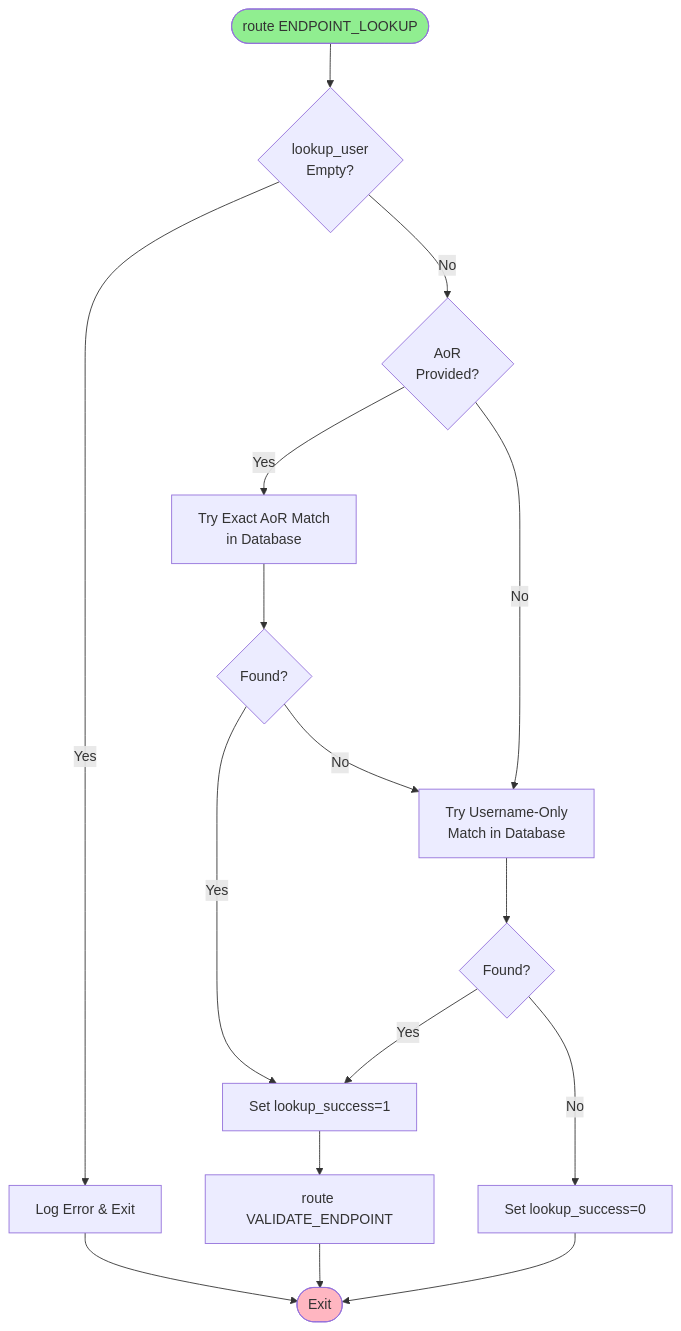
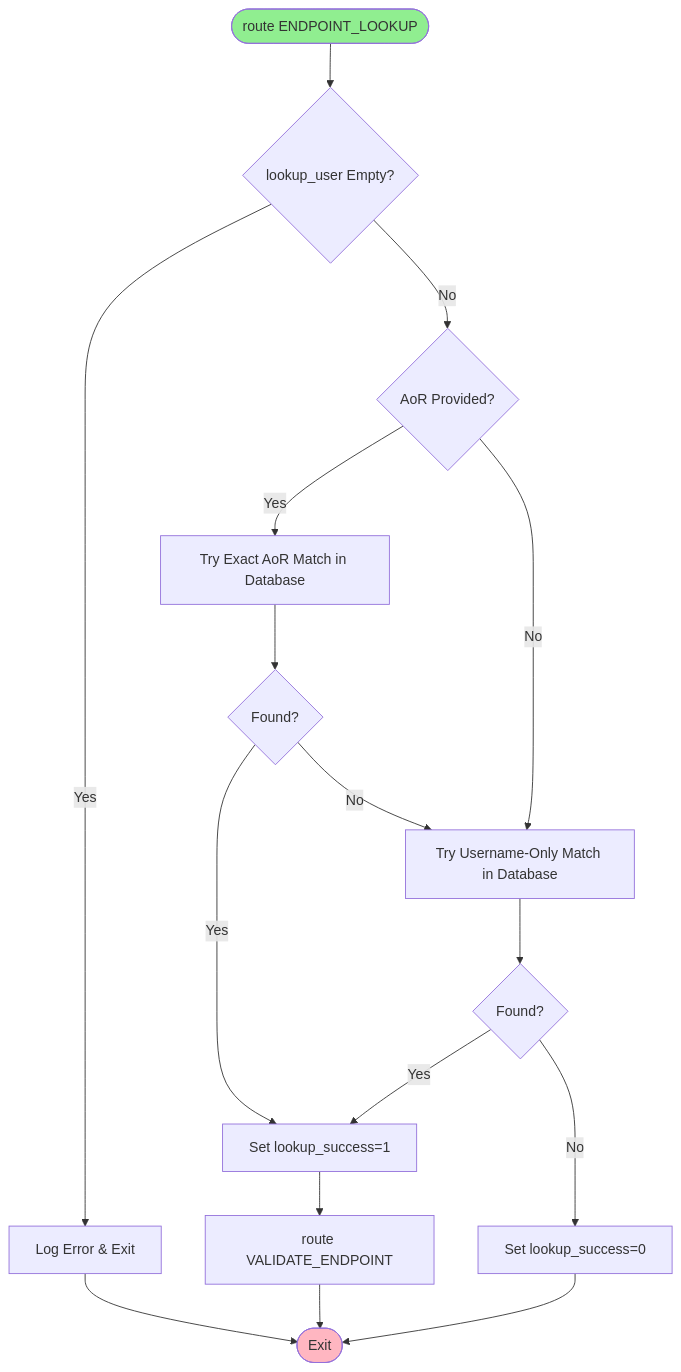
One commit to aelintra/pbx3sbc changed the second of 13 diagrams in docs/OPENSIPS-LOGIC-DIAGRAM.md. Above: the diagram before and after it, drawn with Mermaid. The commit also changed other lines of this file, not shown here.

First line of the commit message:
Fix Mermaid diagram syntax: Remove unsupported HTML tags

````diff
--- a/docs/OPENSIPS-LOGIC-DIAGRAM.md
+++ b/docs/OPENSIPS-LOGIC-DIAGRAM.md
@@ -96,21 +96,21 @@
 ```mermaid
 flowchart TD
-    Start([route ENDPOINT_LOOKUP]) --> ValidateInput{lookup_user<br/>Empty?}
+    Start([route ENDPOINT_LOOKUP]) --> ValidateInput{lookup_user Empty?}
     ValidateInput -->|Yes| LogError[Log Error & Exit]
-    ValidateInput -->|No| CheckAoR{AoR<br/>Provided?}
-    CheckAoR -->|Yes| TryExactMatch[Try Exact AoR Match<br/>in Database]
-    CheckAoR -->|No| TryUsernameMatch[Try Username-Only<br/>Match in Database]
+    ValidateInput -->|No| CheckAoR{AoR Provided?}
+    CheckAoR -->|Yes| TryExactMatch[Try Exact AoR Match in Database]
+    CheckAoR -->|No| TryUsernameMatch[Try Username-Only Match in Database]
     TryExactMatch --> FoundExact{Found?}
     FoundExact -->|Yes| SetSuccess[Set lookup_success=1]
     FoundExact -->|No| TryUsernameMatch
     TryUsernameMatch --> FoundUsername{Found?}
     FoundUsername -->|Yes| SetSuccess
     FoundUsername -->|No| SetFailure[Set lookup_success=0]
     SetSuccess --> ValidateEndpoint[route VALIDATE_ENDPOINT]
     ValidateEndpoint --> End([Exit])
     SetFailure --> End
     LogError --> End
     
     style Start fill:#90EE90
     style End fill:#FFB6C1
 ```
````
